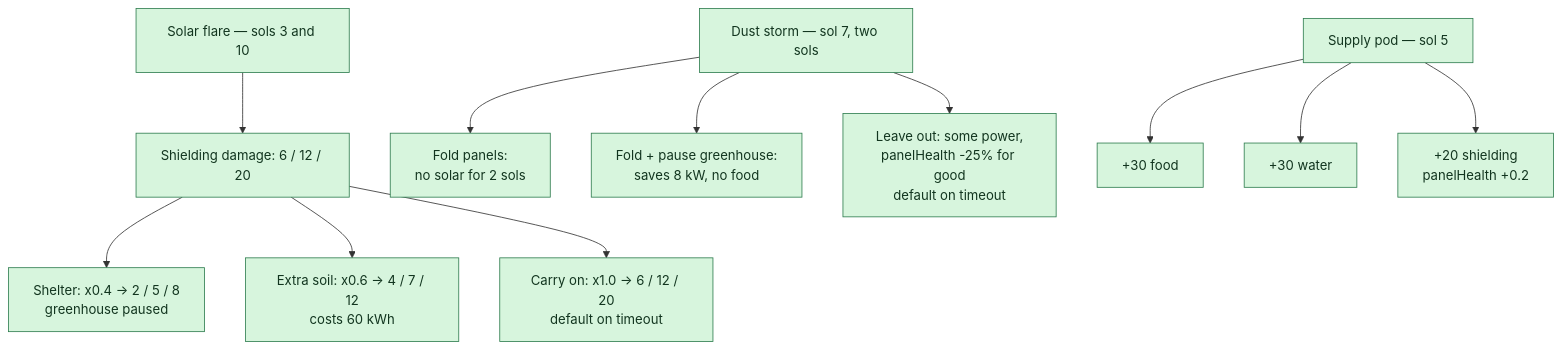
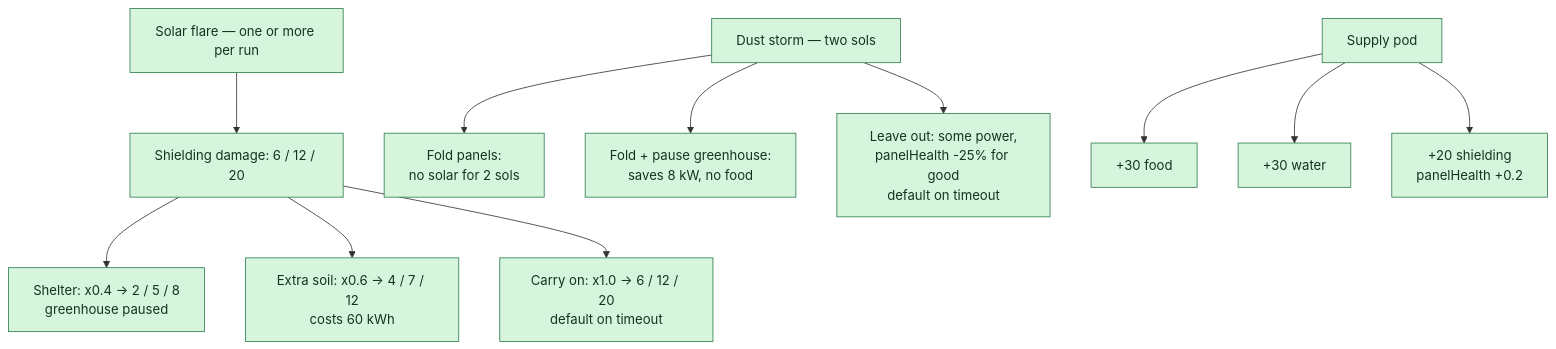
Before and after one commit to Theteamakrasia/Mars-Horizon-Junior-Astronaut-Mission-Trainer: the third of 4 diagrams in docs/game-flow.md, drawn with Mermaid. The commit also changed other lines of this file and 1 other file, not shown here.

First line of the commit message:
docs(architecture): the file tree, the contracts and the day

````diff
--- a/docs/game-flow.md
+++ b/docs/game-flow.md
@@ -236,18 +269,18 @@
 ```mermaid
 flowchart TD
-    F["Solar flare — sols 3 and 10"] --> FB["Shielding damage: 6 / 12 / 20"]
+    F["Solar flare — one or more per run"] --> FB["Shielding damage: 6 / 12 / 20"]
     FB --> F1["Shelter: x0.4 → 2 / 5 / 8<br/>greenhouse paused"]
     FB --> F2["Extra soil: x0.6 → 4 / 7 / 12<br/>costs 60 kWh"]
     FB --> F3["Carry on: x1.0 → 6 / 12 / 20<br/>default on timeout"]
 
-    S["Dust storm — sol 7, two sols"] --> S1["Fold panels:<br/>no solar for 2 sols"]
+    S["Dust storm — two sols"] --> S1["Fold panels:<br/>no solar for 2 sols"]
     S --> S2["Fold + pause greenhouse:<br/>saves 8 kW, no food"]
     S --> S3["Leave out: some power,<br/>panelHealth -25% for good<br/>default on timeout"]
 
-    P["Supply pod — sol 5"] --> P1["+30 food"]
+    P["Supply pod"] --> P1["+30 food"]
     P --> P2["+30 water"]
     P --> P3["+20 shielding<br/>panelHealth +0.2"]
 
     classDef impl fill:#d7f5dd,stroke:#2f7d4f,color:#12351f
     class F,FB,F1,F2,F3,S,S1,S2,S3,P,P1,P2,P3 impl
 ```
````
